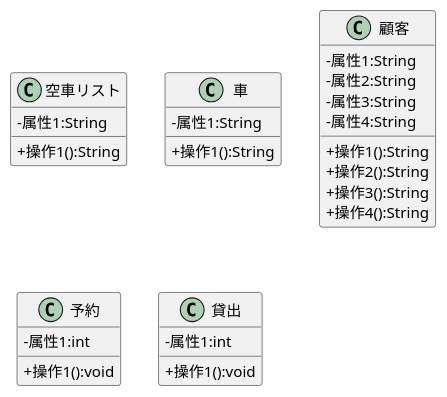
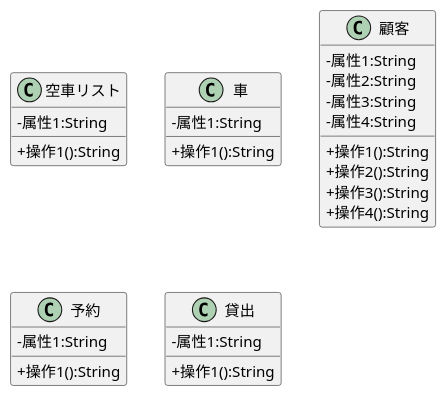
One commit to sakamotoshuri/uml_introduction changed the diagram in 例題3-1_CL_車両貸出システム.pu. Above: the diagram before and after it, drawn with PlantUML.

Commit message:
変h数

```diff
--- a/例題3-1_CL_車両貸出システム.pu
+++ b/例題3-1_CL_車両貸出システム.pu
@@ -1,29 +1,29 @@
 @startuml 演習
 skinparam classAttributeIconSize 0
 class 空車リスト {
 - 属性1:String
 + 操作1():String
 }
 class 車 {
 - 属性1:String
 + 操作1():String
 }
 class 顧客 {
 - 属性1:String
 - 属性2:String
 - 属性3:String
 - 属性4:String
 + 操作1():String
 + 操作2():String
 + 操作3():String
 + 操作4():String
 }
 class 予約 {
-- 属性1:int
-+ 操作1():void
+- 属性1:String
++ 操作1():String
 }
 class 貸出 {
-- 属性1:int
-+ 操作1():void
+- 属性1:String
++ 操作1():String
 }
 @enduml
```
